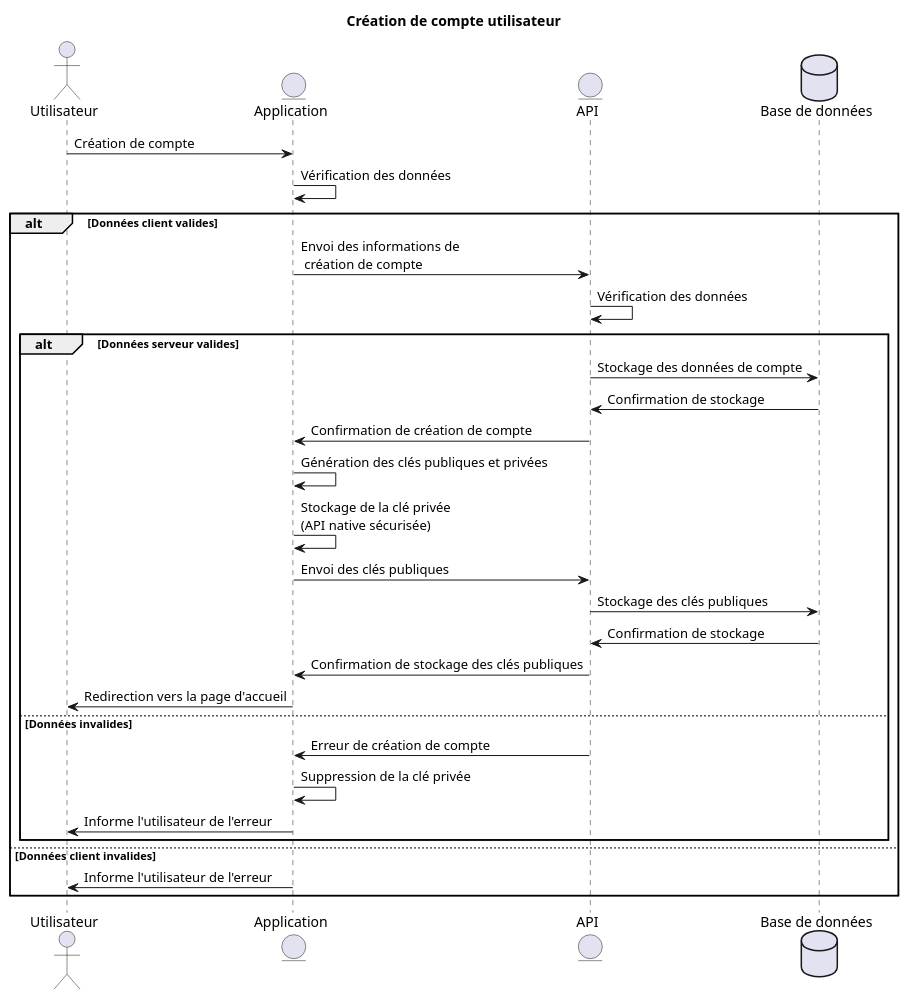
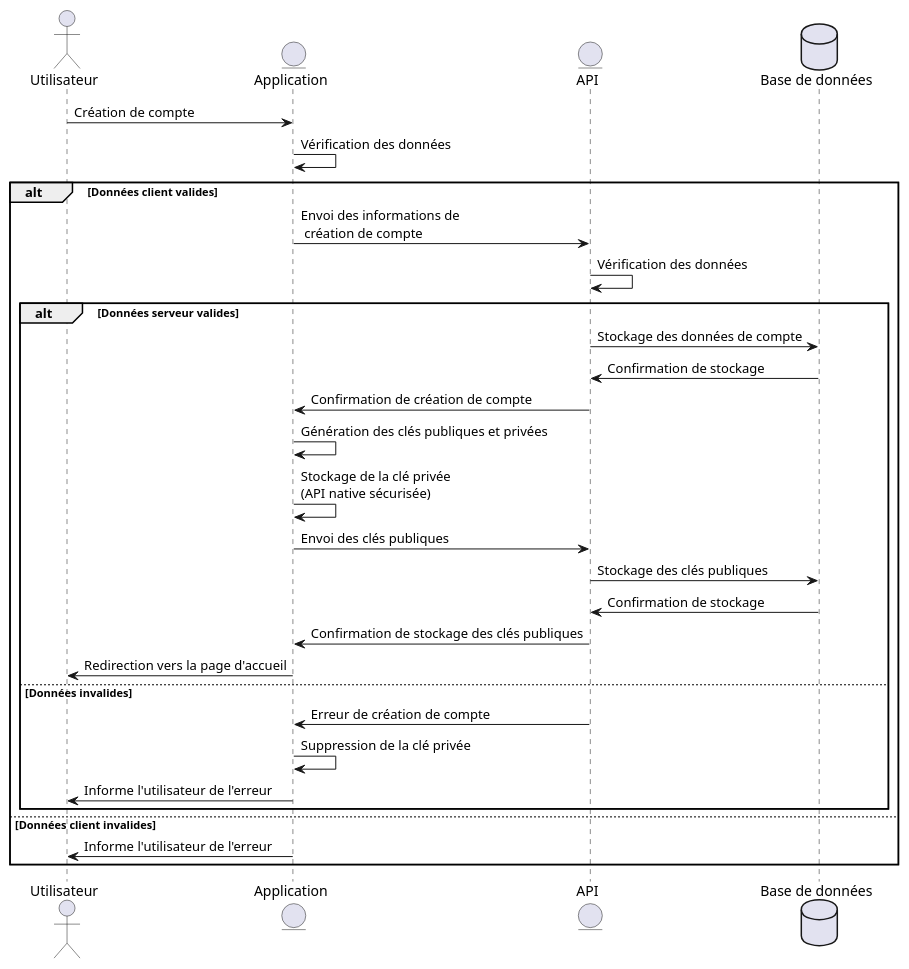
One commit to nezia1/missive-documentation changed the diagram in docs/assets/diagrams/src/login-sequence.puml. Above: the diagram before and after it, drawn with PlantUML.

Commit message:
remove redundant title

```diff
--- a/docs/assets/diagrams/src/login-sequence.puml
+++ b/docs/assets/diagrams/src/login-sequence.puml
@@ -1,32 +1,31 @@
 @startuml login-sequence
-title Création de compte utilisateur
 actor Utilisateur as User
 entity "Application" as Client
 entity API
 database "Base de données" as Database
 
 User -> Client : Création de compte
 Client -> Client : Vérification des données 
 alt Données client valides
     Client -> API : Envoi des informations de\n création de compte
     API -> API : Vérification des données
     alt Données serveur valides 
         API -> Database : Stockage des données de compte
         Database -> API : Confirmation de stockage
         API -> Client : Confirmation de création de compte
         Client -> Client : Génération des clés publiques et privées
         Client -> Client : Stockage de la clé privée\n(API native sécurisée)
         Client -> API : Envoi des clés publiques
         API -> Database : Stockage des clés publiques
         Database -> API : Confirmation de stockage
         API -> Client : Confirmation de stockage des clés publiques
         Client -> User : Redirection vers la page d'accueil
     else Données invalides 
         API -> Client : Erreur de création de compte
         Client -> Client : Suppression de la clé privée
         Client -> User : Informe l'utilisateur de l'erreur
     end
 else Données client invalides 
     Client -> User : Informe l'utilisateur de l'erreur
 end
 @enduml
```
